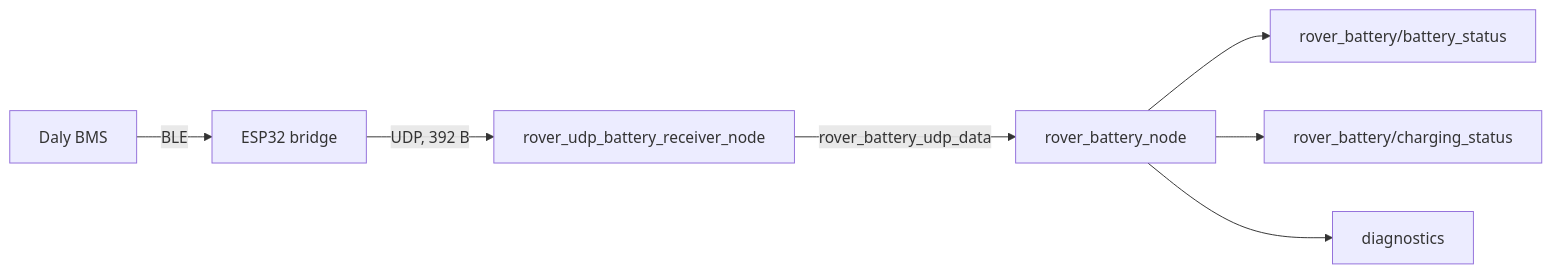
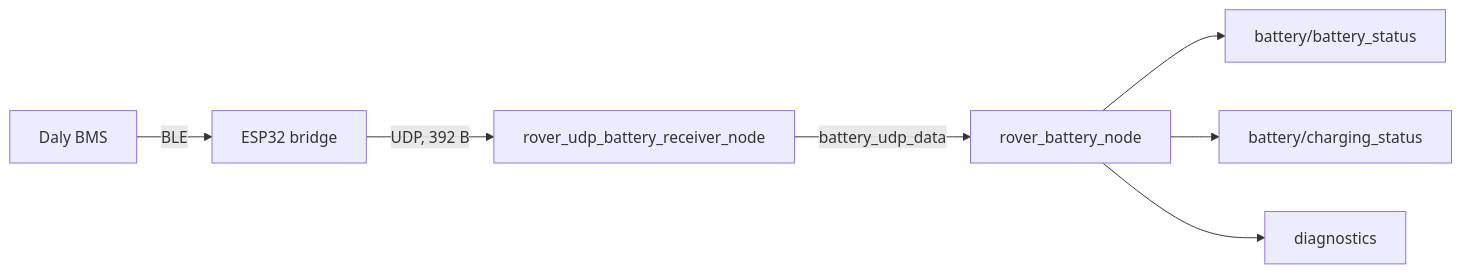
Before and after one commit to RaduPotlog/rover_ros: the diagram in docs/hardware/power-and-battery.md, drawn with Mermaid. The commit also changed other lines of this file and 31 other files, not shown here.

````diff
--- a/docs/hardware/power-and-battery.md
+++ b/docs/hardware/power-and-battery.md
@@ -43,9 +43,9 @@
 ```mermaid
 flowchart LR
     BMS["Daly BMS"] -->|BLE| ESP["ESP32 bridge"]
     ESP -->|"UDP, 392 B"| RX["rover_udp_battery_receiver_node"]
-    RX -->|rover_battery_udp_data| BN["rover_battery_node"]
-    BN --> T1["rover_battery/battery_status"]
-    BN --> T2["rover_battery/charging_status"]
+    RX -->|battery_udp_data| BN["rover_battery_node"]
+    BN --> T1["battery/battery_status"]
+    BN --> T2["battery/charging_status"]
     BN --> T3["diagnostics"]
 ```
````
